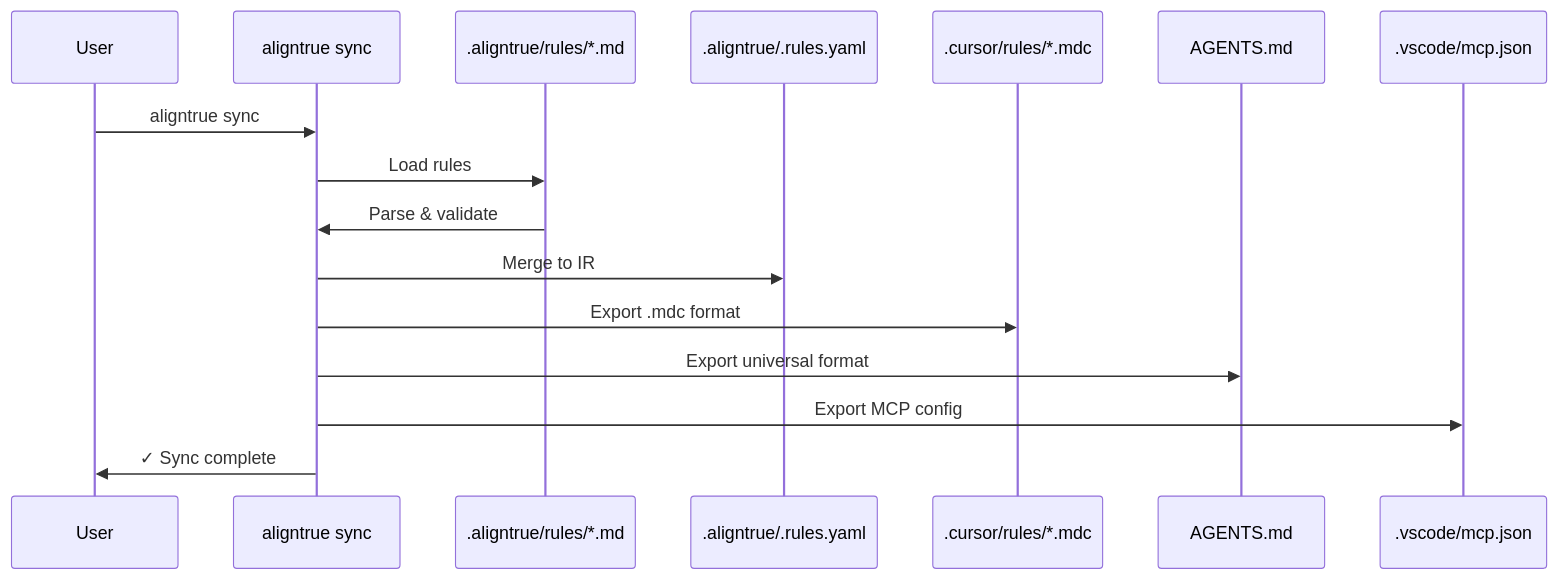
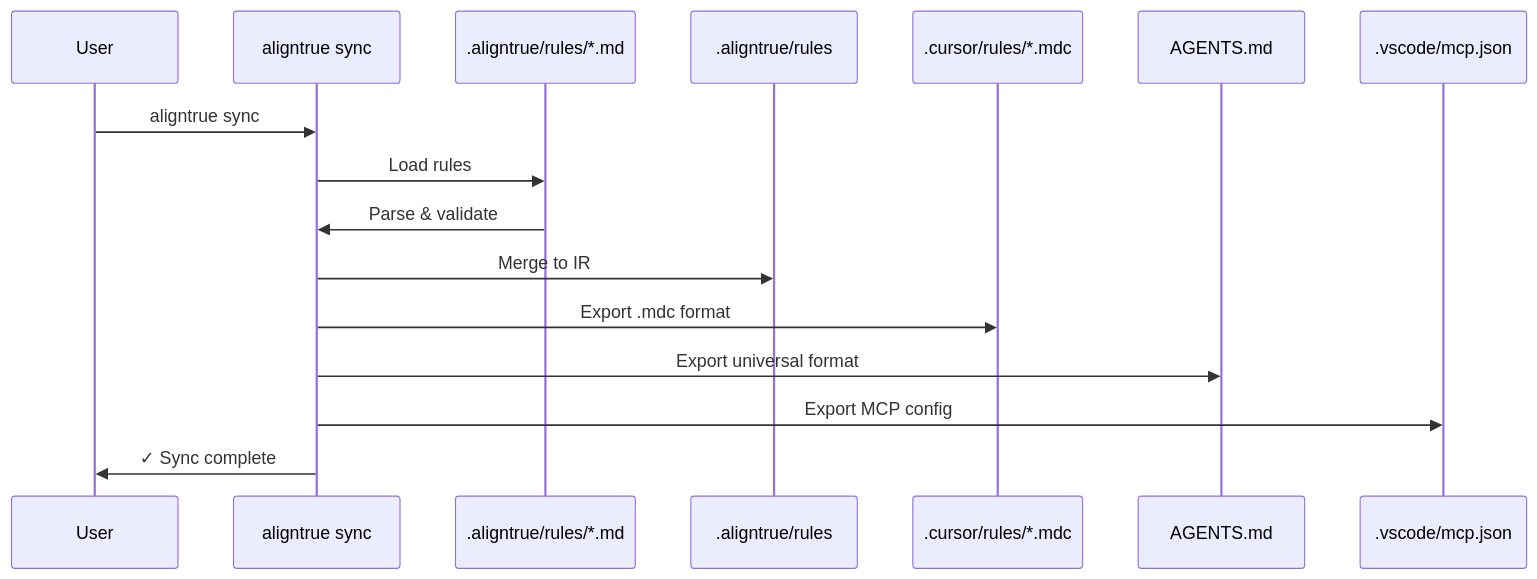
Before and after one commit to AlignTrue/aligntrue-sync: the diagram in apps/docs/content/03-concepts/sync-behavior.md, drawn with Mermaid. The commit also changed other lines of this file and 86 other files, not shown here.

First line of the commit message:
refactor(docs): Update references from `.aligntrue/.rules.yaml` to `.aligntrue/rules`

````diff
--- a/apps/docs/content/03-concepts/sync-behavior.md
+++ b/apps/docs/content/03-concepts/sync-behavior.md
@@ -186,19 +186,19 @@
 ```mermaid
 sequenceDiagram
     participant User
     participant CLI as aligntrue sync
     participant Rules as .aligntrue/rules/*.md
-    participant IR as .aligntrue/.rules.yaml
+    participant IR as .aligntrue/rules
     participant Cursor as .cursor/rules/*.mdc
     participant AGENTS as AGENTS.md
     participant MCP as .vscode/mcp.json
 
     User->>CLI: aligntrue sync
     CLI->>Rules: Load rules
     Rules->>CLI: Parse & validate
     CLI->>IR: Merge to IR
     CLI->>Cursor: Export .mdc format
     CLI->>AGENTS: Export universal format
     CLI->>MCP: Export MCP config
     CLI->>User: ✓ Sync complete
 ```
````
